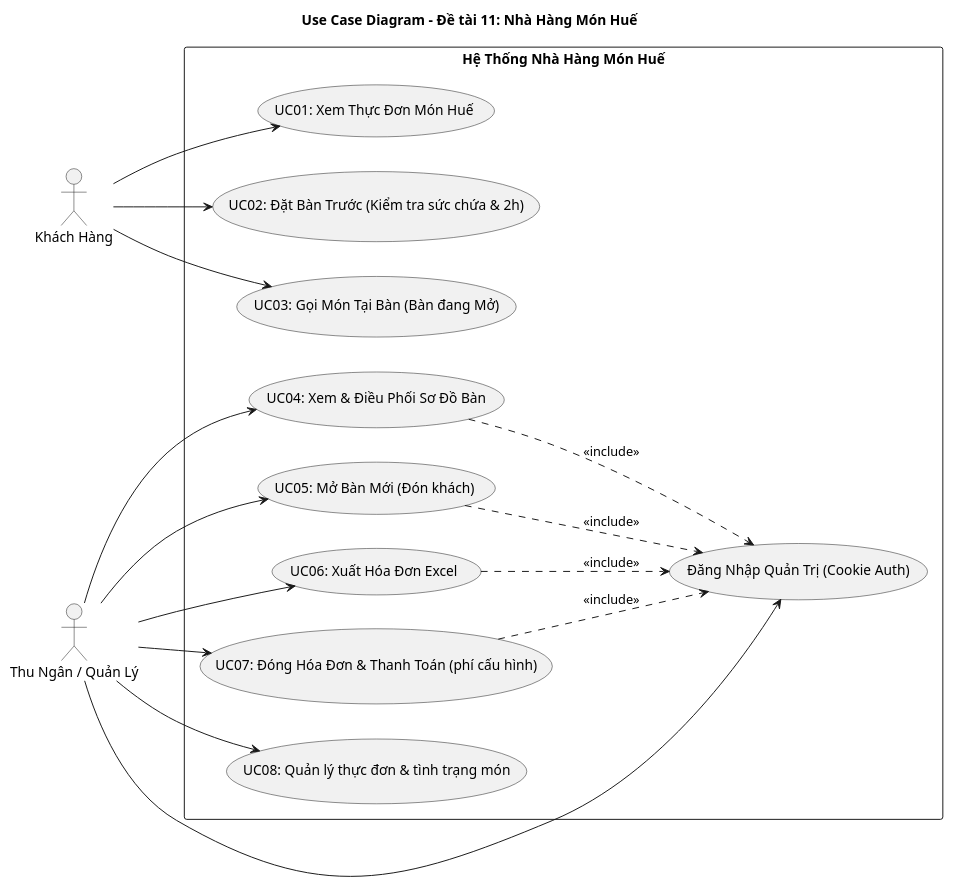
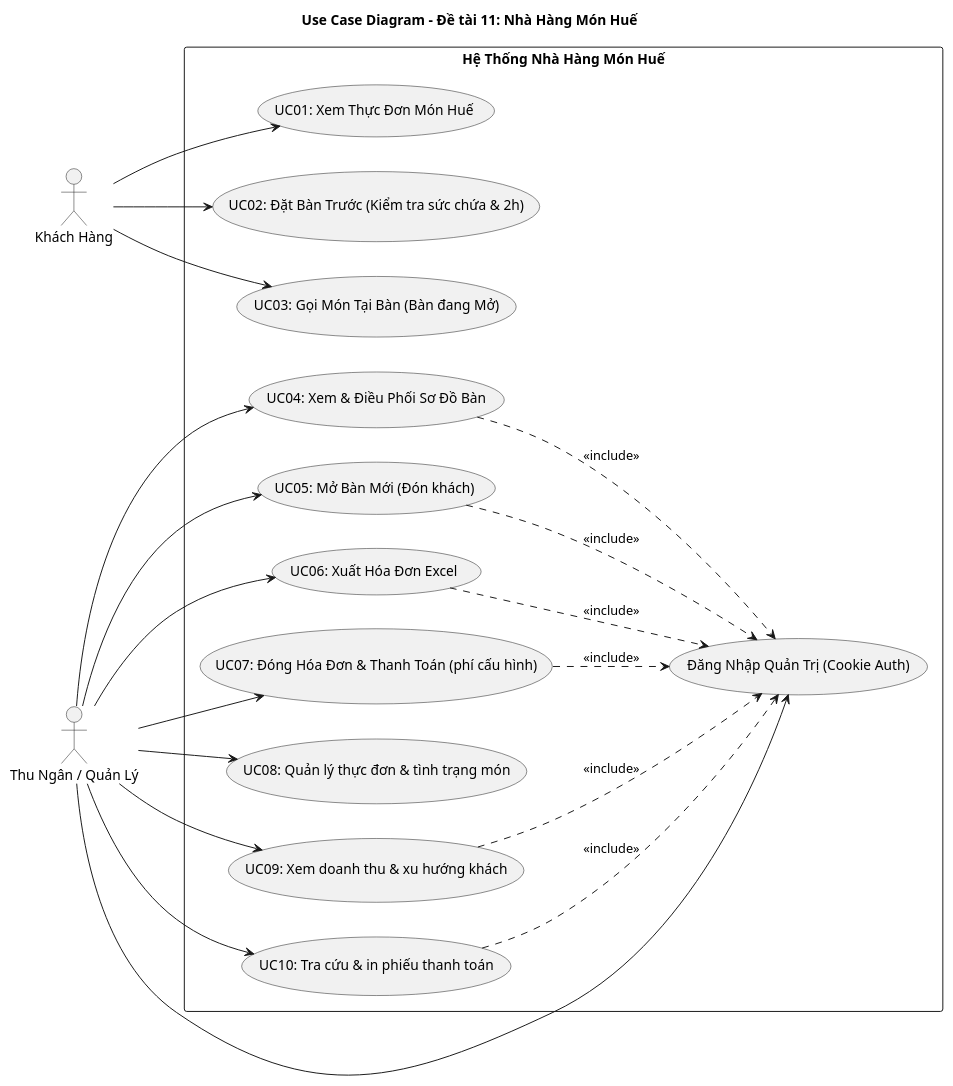
The diagram in Docs/usecase_diagram.puml (trunghuynh1520-coder/DoAnThi), drawn with PlantUML before and after one commit. The commit also changed 22 other files, not shown here.

Commit message:
Add admin dashboard and invoice history

```diff
--- a/Docs/usecase_diagram.puml
+++ b/Docs/usecase_diagram.puml
@@ -1,38 +1,44 @@
 @startuml
 title Use Case Diagram - Đề tài 11: Nhà Hàng Món Huế
 
 left to right direction
 skinparam packageStyle rectangle
 
 actor "Khách Hàng" as Customer
 actor "Thu Ngân / Quản Lý" as Admin
 
 rectangle "Hệ Thống Nhà Hàng Món Huế" {
     usecase "UC01: Xem Thực Đơn Món Huế" as UC_ViewMenu
     usecase "UC02: Đặt Bàn Trước (Kiểm tra sức chứa & 2h)" as UC_Reservation
     usecase "UC03: Gọi Món Tại Bàn (Bàn đang Mở)" as UC_PlaceOrder
     usecase "UC04: Xem & Điều Phối Sơ Đồ Bàn" as UC_ManageTables
     usecase "UC05: Mở Bàn Mới (Đón khách)" as UC_OpenTable
     usecase "UC06: Xuất Hóa Đơn Excel" as UC_ExportBill
     usecase "UC07: Đóng Hóa Đơn & Thanh Toán (phí cấu hình)" as UC_CloseOrder
     usecase "UC08: Quản lý thực đơn & tình trạng món" as UC_ManageMenu
     usecase "Đăng Nhập Quản Trị (Cookie Auth)" as UC_Login
+    usecase "UC09: Xem doanh thu & xu hướng khách" as UC_Dashboard
+    usecase "UC10: Tra cứu & in phiếu thanh toán" as UC_Invoices
 }
 
 Customer --> UC_ViewMenu
 Customer --> UC_Reservation
 Customer --> UC_PlaceOrder
 
 Admin --> UC_Login
 Admin --> UC_ManageTables
 Admin --> UC_OpenTable
 Admin --> UC_ExportBill
 Admin --> UC_CloseOrder
 Admin --> UC_ManageMenu
+Admin --> UC_Dashboard
+Admin --> UC_Invoices
 
 UC_ManageTables ..> UC_Login : <<include>>
 UC_OpenTable ..> UC_Login : <<include>>
 UC_CloseOrder ..> UC_Login : <<include>>
 UC_ExportBill ..> UC_Login : <<include>>
+UC_Dashboard ..> UC_Login : <<include>>
+UC_Invoices ..> UC_Login : <<include>>
 
 @enduml
```
